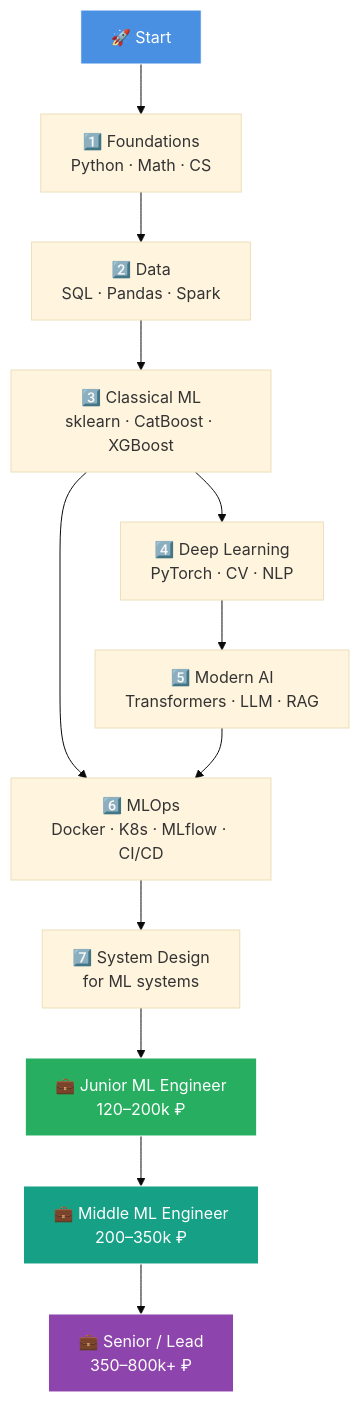
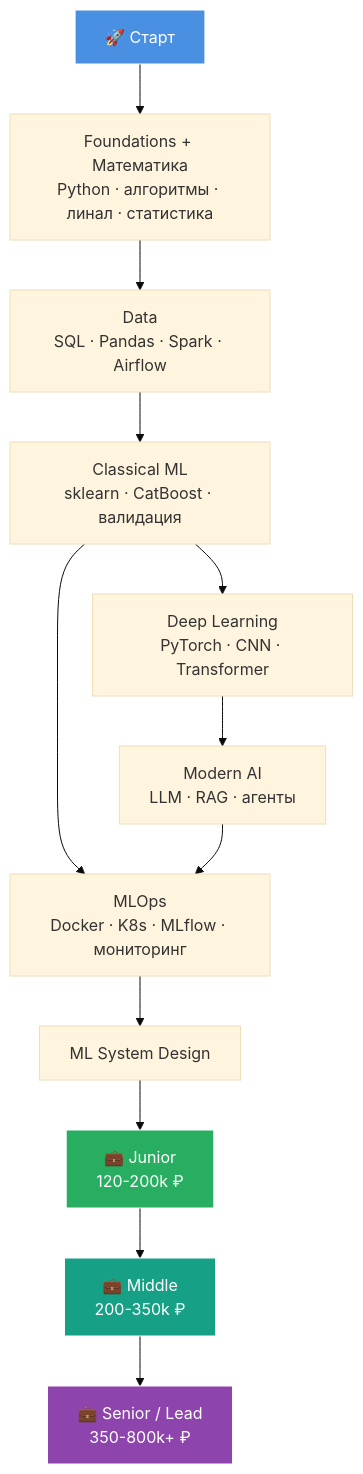
The first of 2 diagrams in README.md (vincere-mori/ml-engineer-roadmap), drawn with Mermaid (base theme) before and after one commit. The commit also changed other lines of this file and 38 other files, not shown here.

````diff
--- a/README.md
+++ b/README.md
@@ -38,19 +115,19 @@
 ```mermaid
 flowchart TD
-    A[🚀 Start] --> B[1️⃣ Foundations<br/>Python · Math · CS]
-    B --> C[2️⃣ Data<br/>SQL · Pandas · Spark]
-    C --> D[3️⃣ Classical ML<br/>sklearn · CatBoost · XGBoost]
-    D --> E[4️⃣ Deep Learning<br/>PyTorch · CV · NLP]
-    E --> F[5️⃣ Modern AI<br/>Transformers · LLM · RAG]
-    D --> G[6️⃣ MLOps<br/>Docker · K8s · MLflow · CI/CD]
+    A[🚀 Старт] --> B[Foundations + Математика<br/>Python · алгоритмы · линал · статистика]
+    B --> C[Data<br/>SQL · Pandas · Spark · Airflow]
+    C --> D[Classical ML<br/>sklearn · CatBoost · валидация]
+    D --> E[Deep Learning<br/>PyTorch · CNN · Transformer]
+    E --> F[Modern AI<br/>LLM · RAG · агенты]
+    D --> G[MLOps<br/>Docker · K8s · MLflow · мониторинг]
     F --> G
-    G --> H[7️⃣ System Design<br/>for ML systems]
-    H --> I[💼 Junior ML Engineer<br/>120–200k ₽]
-    I --> J[💼 Middle ML Engineer<br/>200–350k ₽]
-    J --> K[💼 Senior / Lead<br/>350–800k+ ₽]
+    G --> H[ML System Design]
+    H --> I[💼 Junior<br/>120-200k ₽]
+    I --> J[💼 Middle<br/>200-350k ₽]
+    J --> K[💼 Senior / Lead<br/>350-800k+ ₽]
 
     style A fill:#4A90E2,stroke:#fff,color:#fff
     style I fill:#27AE60,stroke:#fff,color:#fff
     style J fill:#16A085,stroke:#fff,color:#fff
     style K fill:#8E44AD,stroke:#fff,color:#fff
 ```
````
